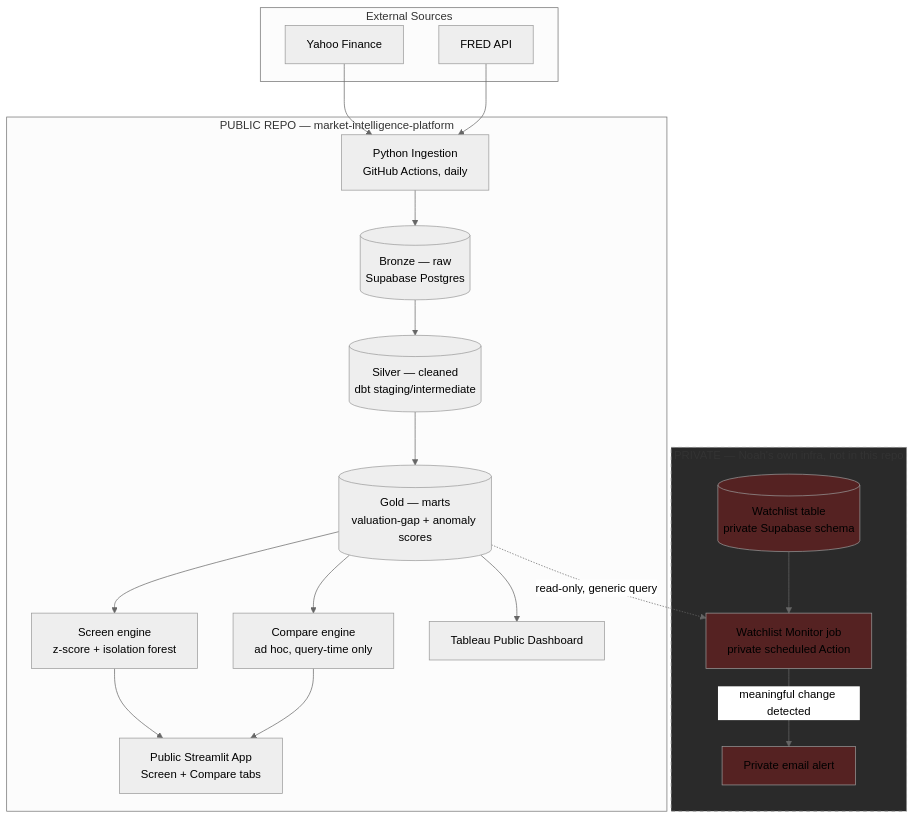
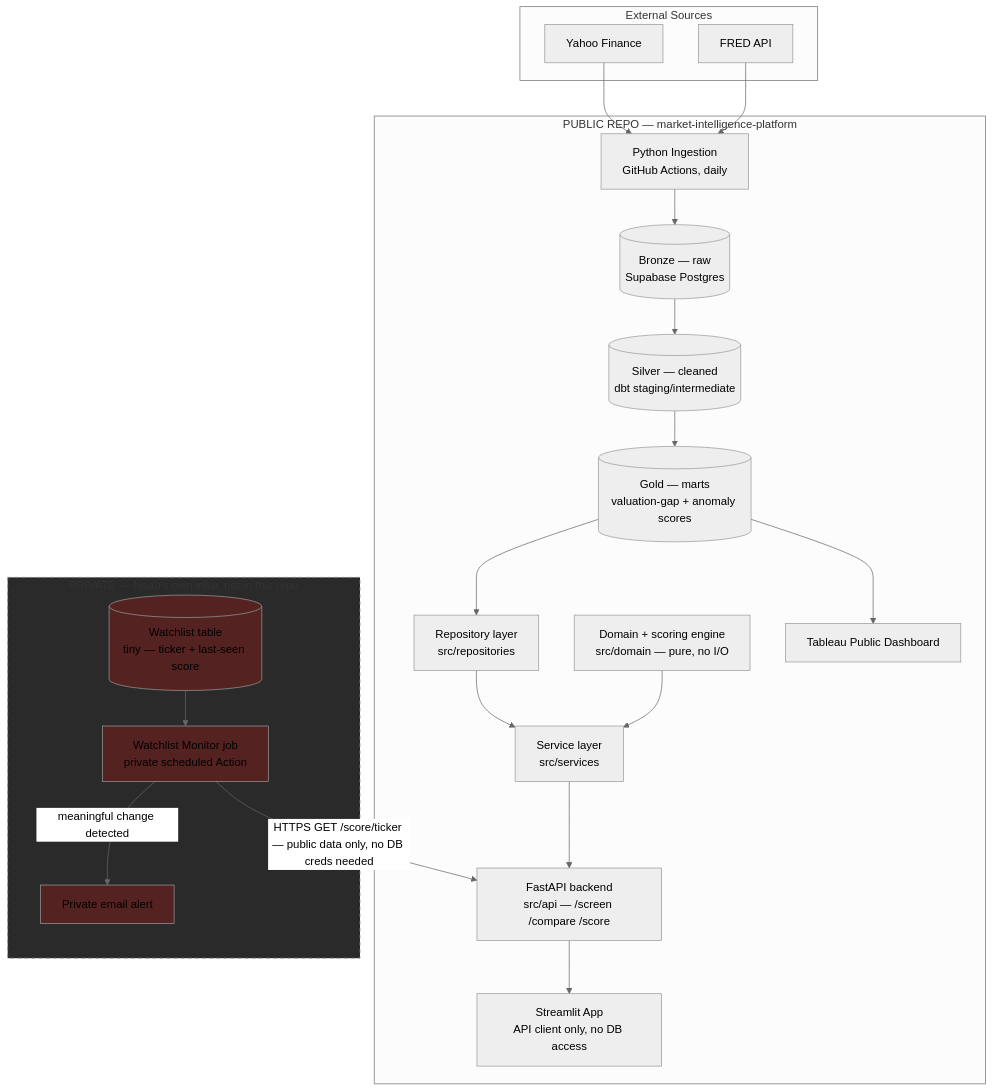
Before and after one commit to Noahlopez0518/market-intelligence-platform: the diagram in docs/architecture.md, drawn with Mermaid (neutral theme). The commit also changed other lines of this file and 5 other files, not shown here.

First line of the commit message:
Add layered application architecture + FastAPI backend (ADR 0003)

````diff
--- a/docs/architecture.md
+++ b/docs/architecture.md
@@ -9,40 +9,43 @@
 ```mermaid
 flowchart TD
     subgraph Sources["External Sources"]
         YF[Yahoo Finance]
         FRED[FRED API]
     end
 
     subgraph PublicRepo["PUBLIC REPO — market-intelligence-platform"]
         ING[Python Ingestion<br/>GitHub Actions, daily]
         BRONZE[(Bronze — raw<br/>Supabase Postgres)]
         SILVER[(Silver — cleaned<br/>dbt staging/intermediate)]
         GOLD[(Gold — marts<br/>valuation-gap + anomaly scores)]
-        SCREEN[Screen engine<br/>z-score + isolation forest]
-        COMPARE[Compare engine<br/>ad hoc, query-time only]
-        APP[Public Streamlit App<br/>Screen + Compare tabs]
+        REPO[Repository layer<br/>src/repositories]
+        DOMAIN[Domain + scoring engine<br/>src/domain — pure, no I/O]
+        SVC[Service layer<br/>src/services]
+        API[FastAPI backend<br/>src/api — /screen /compare /score]
+        APP[Streamlit App<br/>API client only, no DB access]
         TABLEAU[Tableau Public Dashboard]
     end
 
     subgraph PrivateRepo["PRIVATE — Noah's own infra, not in this repo"]
-        WLDB[(Watchlist table<br/>private Supabase schema)]
+        WLDB[(Watchlist table<br/>tiny — ticker + last-seen score)]
         MONITOR[Watchlist Monitor job<br/>private scheduled Action]
         EMAIL[Private email alert]
     end
 
     YF --> ING
     FRED --> ING
     ING --> BRONZE --> SILVER --> GOLD
-    GOLD --> SCREEN --> APP
-    GOLD --> COMPARE --> APP
+    GOLD --> REPO --> SVC
+    DOMAIN --> SVC
+    SVC --> API --> APP
     GOLD --> TABLEAU
 
-    GOLD -. read-only, generic query .-> MONITOR
     WLDB --> MONITOR
+    MONITOR -->|HTTPS GET /score/ticker — public data only, no DB creds needed| API
     MONITOR -->|meaningful change detected| EMAIL
 
     style PrivateRepo fill:#2a2a2a,stroke:#888,stroke-dasharray: 5 5
     style WLDB fill:#552222
     style MONITOR fill:#552222
     style EMAIL fill:#552222
 ```
````
